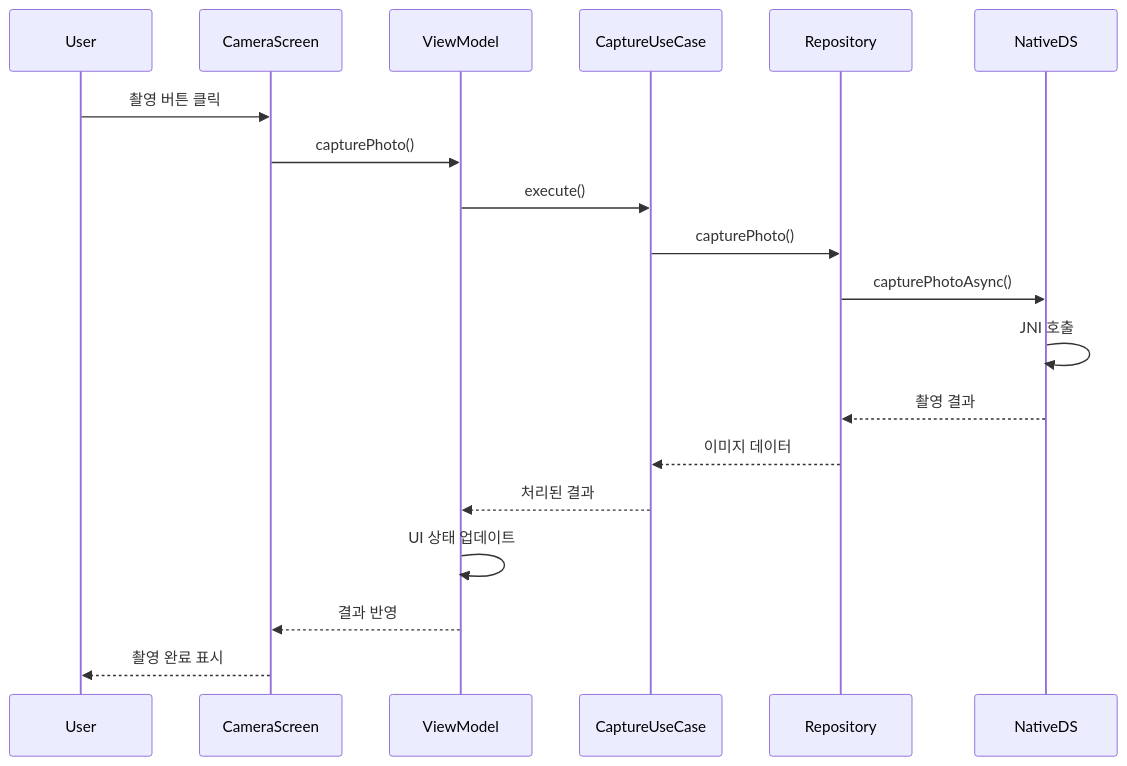
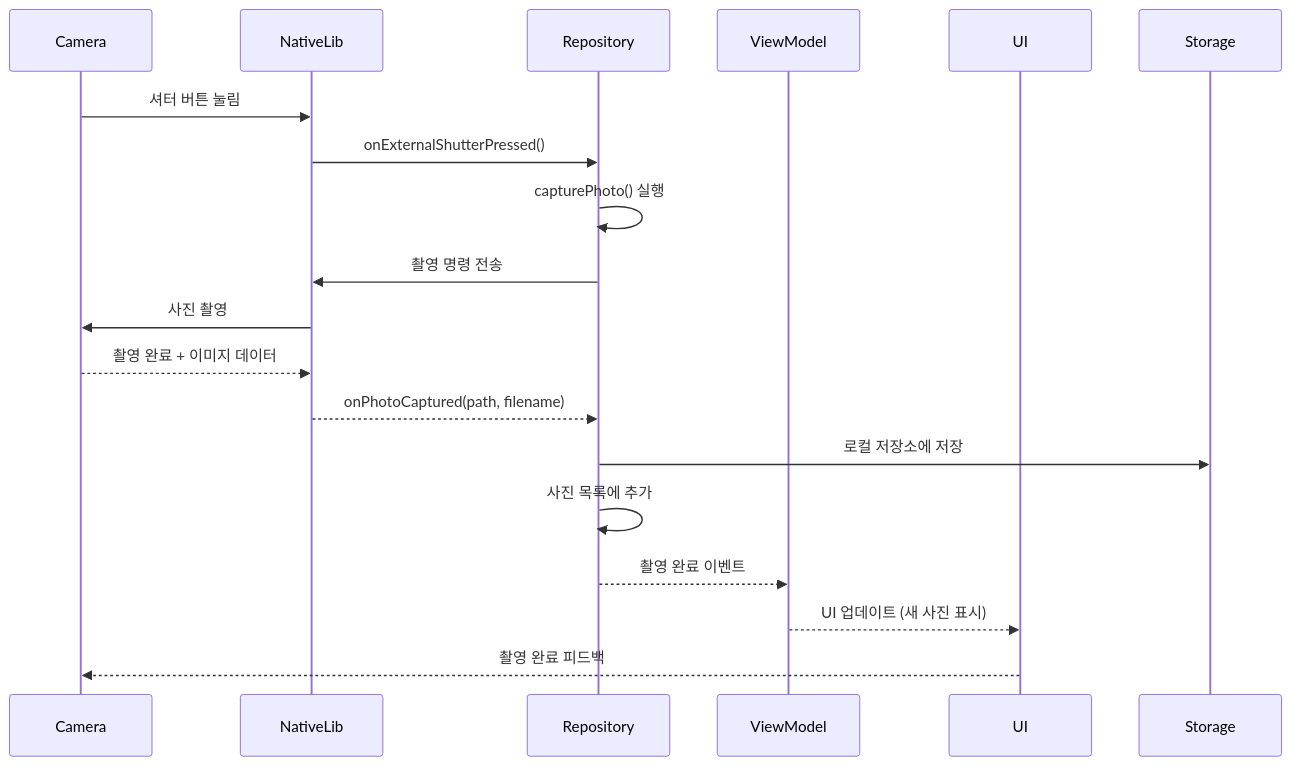
The fourth of 6 diagrams in README.md (INI-K/CamCon_Pub), drawn with Mermaid before and after one commit. The commit also changed other lines of this file and 5 other files, not shown here.

````diff
--- a/README.md
+++ b/README.md
@@ -236,22 +176,22 @@
 ```mermaid
 sequenceDiagram
-    participant User
-    participant CameraScreen
+    participant Camera
+    participant NativeLib
+    participant Repository
     participant ViewModel
-    participant CaptureUseCase
-    participant Repository
-    participant NativeDS
+    participant UI
+    participant Storage
     
-    User->>CameraScreen: 촬영 버튼 클릭
-    CameraScreen->>ViewModel: capturePhoto()
-    ViewModel->>CaptureUseCase: execute()
-    CaptureUseCase->>Repository: capturePhoto()
-    Repository->>NativeDS: capturePhotoAsync()
-    NativeDS->>NativeDS: JNI 호출
-    NativeDS-->>Repository: 촬영 결과
-    Repository-->>CaptureUseCase: 이미지 데이터
-    CaptureUseCase-->>ViewModel: 처리된 결과
-    ViewModel->>ViewModel: UI 상태 업데이트
-    ViewModel-->>CameraScreen: 결과 반영
-    CameraScreen-->>User: 촬영 완료 표시
+    Camera->>NativeLib: 셔터 버튼 눌림
+    NativeLib->>Repository: onExternalShutterPressed()
+    Repository->>Repository: capturePhoto() 실행
+    Repository->>NativeLib: 촬영 명령 전송
+    NativeLib->>Camera: 사진 촬영
+    Camera-->>NativeLib: 촬영 완료 + 이미지 데이터
+    NativeLib-->>Repository: onPhotoCaptured(path, filename)
+    Repository->>Storage: 로컬 저장소에 저장
+    Repository->>Repository: 사진 목록에 추가
+    Repository-->>ViewModel: 촬영 완료 이벤트
+    ViewModel-->>UI: UI 업데이트 (새 사진 표시)
+    UI-->>Camera: 촬영 완료 피드백
 ```
````
